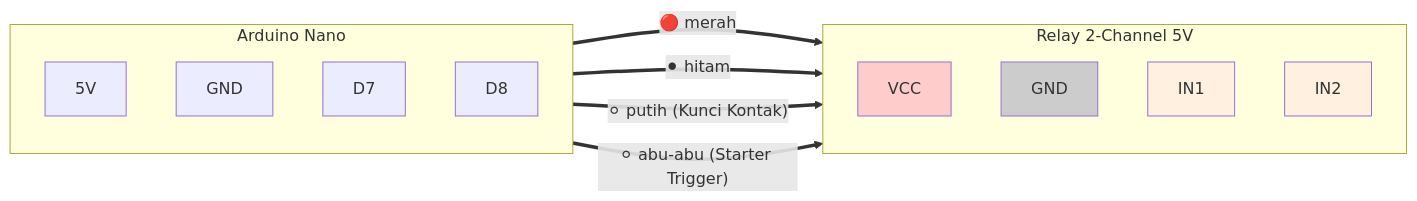
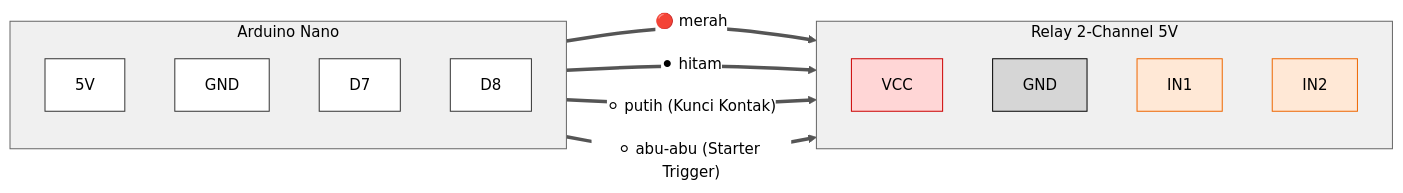
The fourth of 10 diagrams in motor_starter/DIAGRAM_MERMAID.md (umarovk/SIKAMOT), drawn with Mermaid before and after one commit. The commit also changed other lines of this file, not shown here.

First line of the commit message:
style(diagram): force readable text on GitHub dark mode

````diff
--- a/motor_starter/DIAGRAM_MERMAID.md
+++ b/motor_starter/DIAGRAM_MERMAID.md
@@ -229,28 +238,33 @@
 ```mermaid
+%%{init: {'theme':'base', 'themeVariables': {'primaryColor':'#ffffff','primaryTextColor':'#000000','primaryBorderColor':'#333333','lineColor':'#555555','clusterBkg':'#f0f0f0','clusterBorder':'#666666','titleColor':'#000000','edgeLabelBackground':'#ffffff','fontSize':'15px'}}}%%
 flowchart LR
     subgraph NANO["Arduino Nano"]
         direction TB
         n5v["5V"]
         ngnd["GND"]
         nd7["D7"]
         nd8["D8"]
     end
 
     subgraph REL["Relay 2-Channel 5V"]
         direction TB
         vcc["VCC"]
         gnd["GND"]
         in1["IN1"]
         in2["IN2"]
     end
 
     n5v ==>|"🔴 merah"| vcc
     ngnd ==>|"⚫ hitam"| gnd
     nd7 ==>|"⚪ putih (Kunci Kontak)"| in1
     nd8 ==>|"⚪ abu-abu (Starter Trigger)"| in2
 
-    style vcc fill:#ffcccc
-    style gnd fill:#cccccc
-    style in1 fill:#fff0e0
-    style in2 fill:#fff0e0
+    style vcc fill:#ffd6d6,color:#000000,stroke:#cc0000
+    style gnd fill:#d6d6d6,color:#000000,stroke:#000000
+    style in1 fill:#ffe8d6,color:#000000,stroke:#ee6600
+    style in2 fill:#ffe8d6,color:#000000,stroke:#ee6600
+    style n5v fill:#ffffff,color:#000000,stroke:#333333
+    style ngnd fill:#ffffff,color:#000000,stroke:#333333
+    style nd7 fill:#ffffff,color:#000000,stroke:#333333
+    style nd8 fill:#ffffff,color:#000000,stroke:#333333
 ```
````
